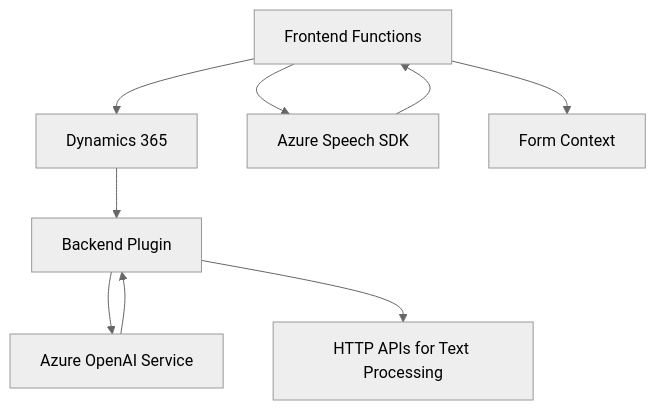
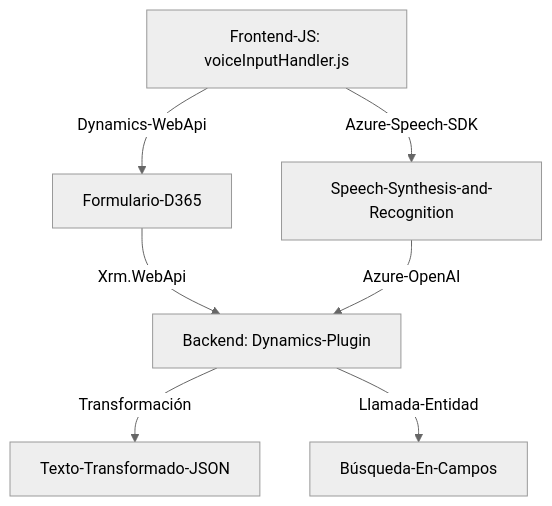
Before and after one commit to blopezdm/NETCORE_BILBAO2025: the diagram in README.md, drawn with Mermaid (neutral theme). The commit also changed other lines of this file, not shown here.

````diff
--- a/README.md
+++ b/README.md
@@ -55,20 +39,9 @@
 ```mermaid
 graph TD
-    A["Frontend Functions"]
-    B["Backend Plugin"]
-    C["Dynamics 365"]
-    D["Azure Speech SDK"]
-    E["Azure OpenAI Service"]
-    F["HTTP APIs for Text Processing"]
-    G["Form Context"]
-
-    A --> C
-    A --> D
-    A --> G
-
-    C --> B
-    B --> E
-    B --> F
-    D --> A
-    E --> B
+    A["Frontend-JS: voiceInputHandler.js"] -->|Azure-Speech-SDK| B["Speech-Synthesis-and-Recognition"]
+    A -->|Dynamics-WebApi| C["Formulario-D365"]
+    C -->|Xrm.WebApi| D["Backend: Dynamics-Plugin"]
+    B -->|Azure-OpenAI| D
+    D -->|Transformación| E["Texto-Transformado-JSON"]
+    D -->|Llamada-Entidad| F["Búsqueda-En-Campos"]
 ```
````
